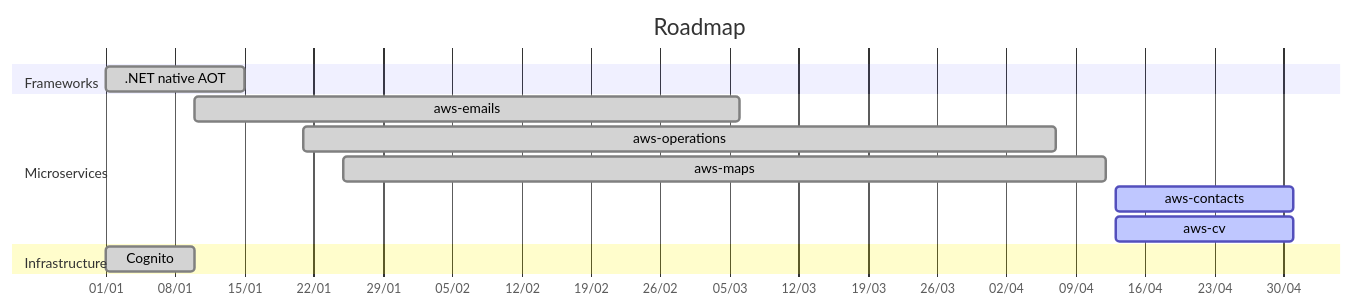
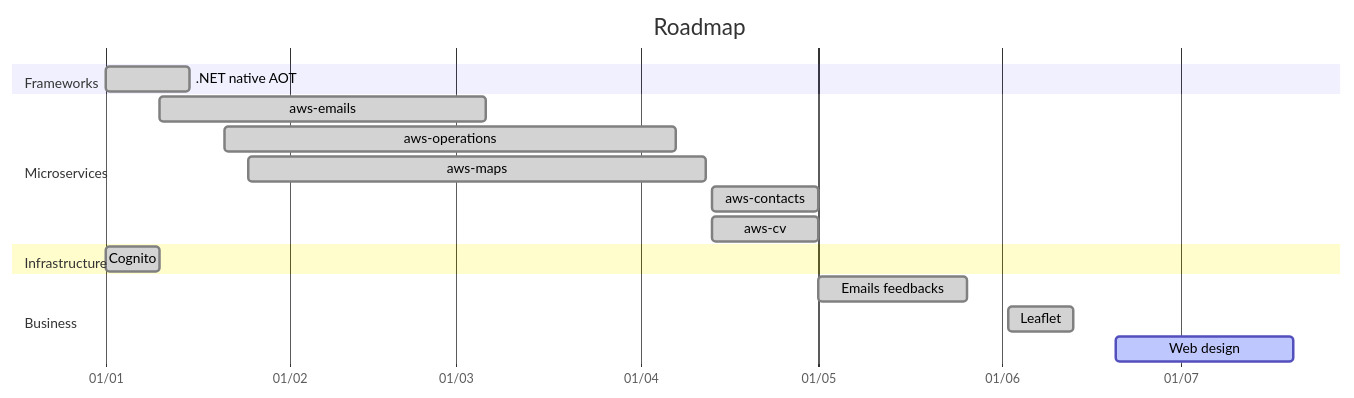
One commit to amilochau/.github changed the first of 2 diagrams in docs/roadmap.md. Above: the diagram before and after it, drawn with Mermaid. The commit also changed other lines of this file, not shown here.

````diff
--- a/docs/roadmap.md
+++ b/docs/roadmap.md
@@ -9,19 +9,24 @@
 ```mermaid
 gantt
   title Roadmap
   dateFormat YYYY-MM-DD
   axisFormat %d/%m
 
   section Frameworks
   .NET native AOT : done,       aot,        2023-01-01,               2023-01-15
 
   section Microservices
   aws-emails      : done,       emails,     2023-01-10,               2023-03-06
   aws-operations  : done,       operations, 2023-01-21,               2023-04-07
   aws-maps        : done,       maps,       2023-01-25,               2023-04-12
-  aws-contacts    : active,     contacts,   2023-04-13,               2023-05-01
-  aws-cv          : active,     cv,         2023-04-13,               2023-05-01
+  aws-contacts    : done,       contacts,   2023-04-13,               2023-05-01
+  aws-cv          : done,       cv,         2023-04-13,               2023-05-01
 
   section Infrastructure
   Cognito         : done,       cognito,    2023-01-01,               2023-01-10
+  
+  section Business
+  Emails feedbacks: done,       feedbacks,  2023-05-01,               2023-05-26
+  Leaflet         : done,       leaflet,    2023-06-02,               2023-06-13
+  Web design      : active,     design,     2023-06-20,               30d
 ```
````
